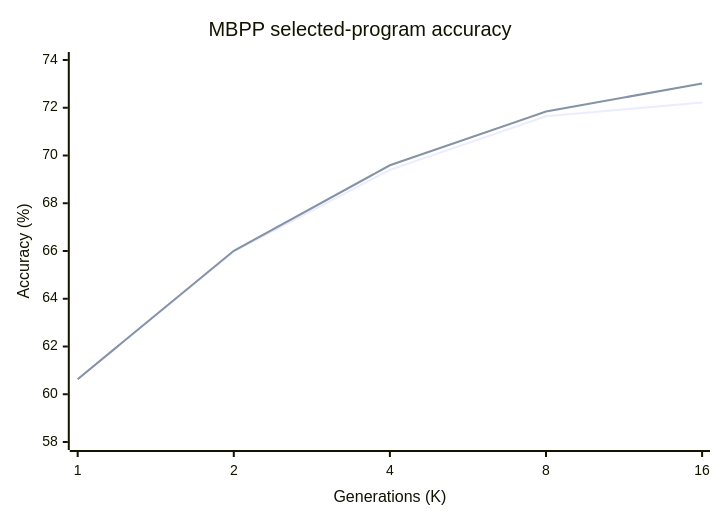
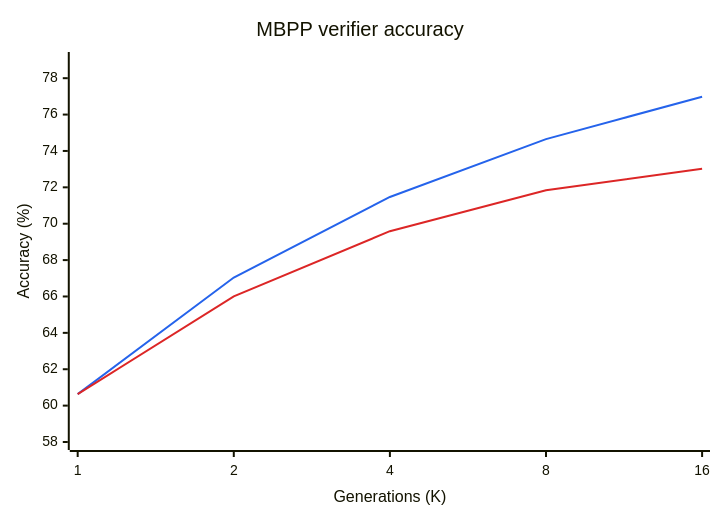
The first of 2 diagrams in blog/teaching_absurdly_tiny_llms_to_code.md (kunal-sinha-coding/personal-website), drawn with Mermaid before and after one commit. The commit also changed other lines of this file and 1 other file, not shown here.

Commit message:
Reframe results around verifier and compute analysis

````diff
--- a/blog/teaching_absurdly_tiny_llms_to_code.md
+++ b/blog/teaching_absurdly_tiny_llms_to_code.md
@@ -199,8 +205,14 @@
 ```mermaid
+---
+config:
+  themeVariables:
+    xyChart:
+      plotColorPalette: "#2563eb, #dc2626"
+---
 xychart-beta
-    title "MBPP selected-program accuracy"
+    title "MBPP verifier accuracy"
     x-axis "Generations (K)" [1, 2, 4, 8, 16]
-    y-axis "Accuracy (%)" 58 --> 74
-    line "Execution verifier" [60.63, 65.97, 69.40, 71.64, 72.22]
+    y-axis "Accuracy (%)" 58 --> 79
+    line "Perfect verifier" [60.63, 67.04, 71.47, 74.65, 76.98]
     line "Execution verifier plus clustering" [60.63, 66.01, 69.59, 71.84, 73.02]
 ```
````
